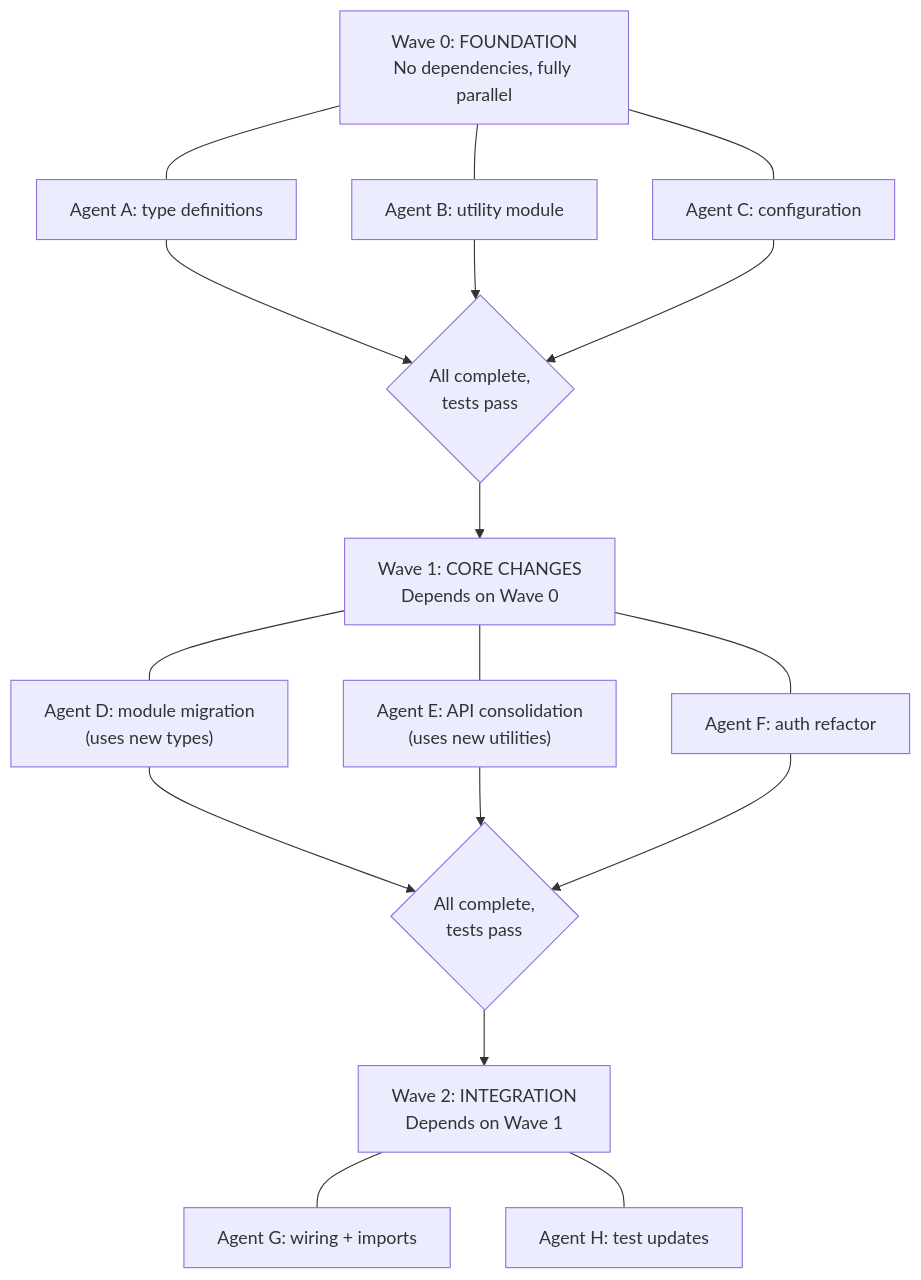
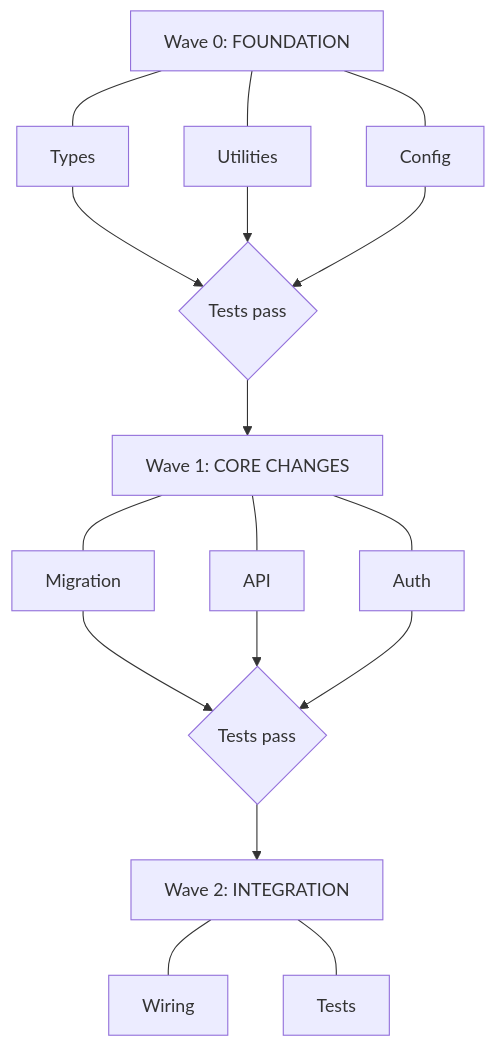
Before and after one commit to danielmeppiel/agentic-sdlc-handbook: the third of 7 diagrams in handbook/ch12-multi-agent-orchestration.qmd, drawn with Mermaid. The commit also changed other lines of this file and 16 other files, not shown here.

First line of the commit message:
fix: aggressive fig-width capping — RCA-driven mermaid rendering overhaul

````diff
--- a/handbook/ch12-multi-agent-orchestration.qmd
+++ b/handbook/ch12-multi-agent-orchestration.qmd
@@ -177,24 +177,24 @@
 ```{mermaid}
-%%| fig-width: 5.5
+%%| fig-width: 4.5
 flowchart TD
-    W0["Wave 0: FOUNDATION<br/>No dependencies, fully parallel"]
-    W0A["Agent A: type definitions"]
-    W0B["Agent B: utility module"]
-    W0C["Agent C: configuration"]
+    W0["Wave 0: FOUNDATION"]
+    W0A["Types"]
+    W0B["Utilities"]
+    W0C["Config"]
     W0 --- W0A & W0B & W0C
-    CHECK0{"All complete,<br/>tests pass"}
+    CHECK0{"Tests pass"}
     W0A & W0B & W0C --> CHECK0
-    W1["Wave 1: CORE CHANGES<br/>Depends on Wave 0"]
+    W1["Wave 1: CORE CHANGES"]
     CHECK0 --> W1
-    W1D["Agent D: module migration<br/>(uses new types)"]
-    W1E["Agent E: API consolidation<br/>(uses new utilities)"]
-    W1F["Agent F: auth refactor"]
+    W1D["Migration"]
+    W1E["API"]
+    W1F["Auth"]
     W1 --- W1D & W1E & W1F
-    CHECK1{"All complete,<br/>tests pass"}
+    CHECK1{"Tests pass"}
     W1D & W1E & W1F --> CHECK1
-    W2["Wave 2: INTEGRATION<br/>Depends on Wave 1"]
+    W2["Wave 2: INTEGRATION"]
     CHECK1 --> W2
-    W2G["Agent G: wiring + imports"]
-    W2H["Agent H: test updates"]
+    W2G["Wiring"]
+    W2H["Tests"]
     W2 --- W2G & W2H
 ```
````
